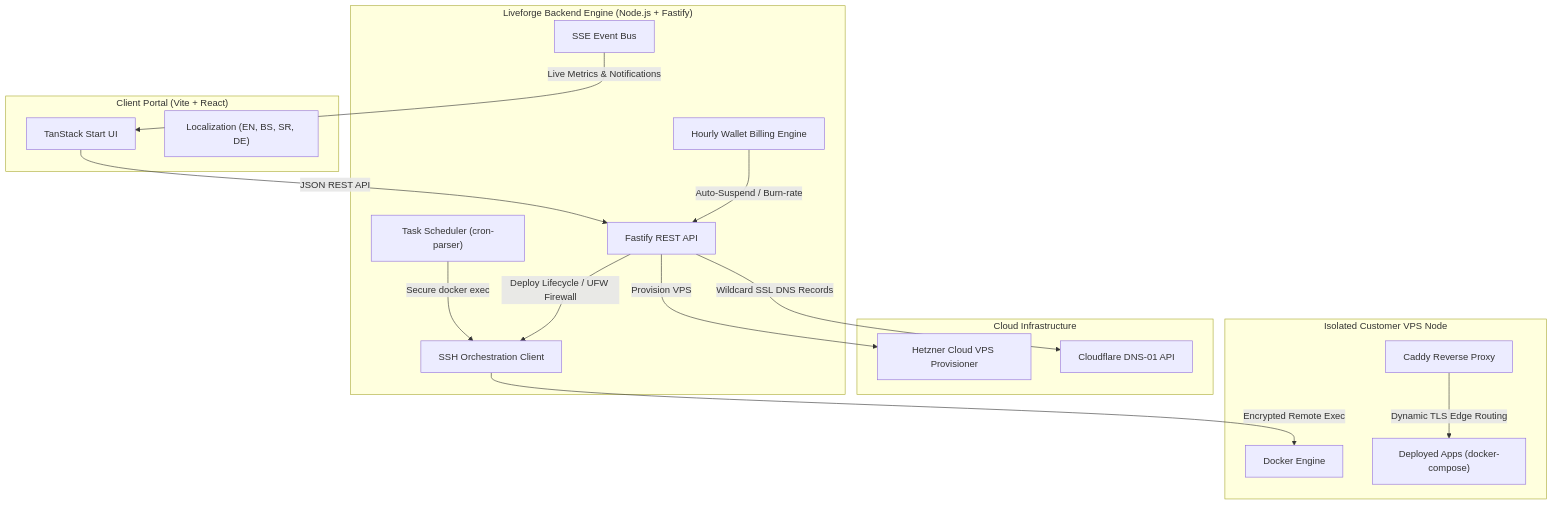
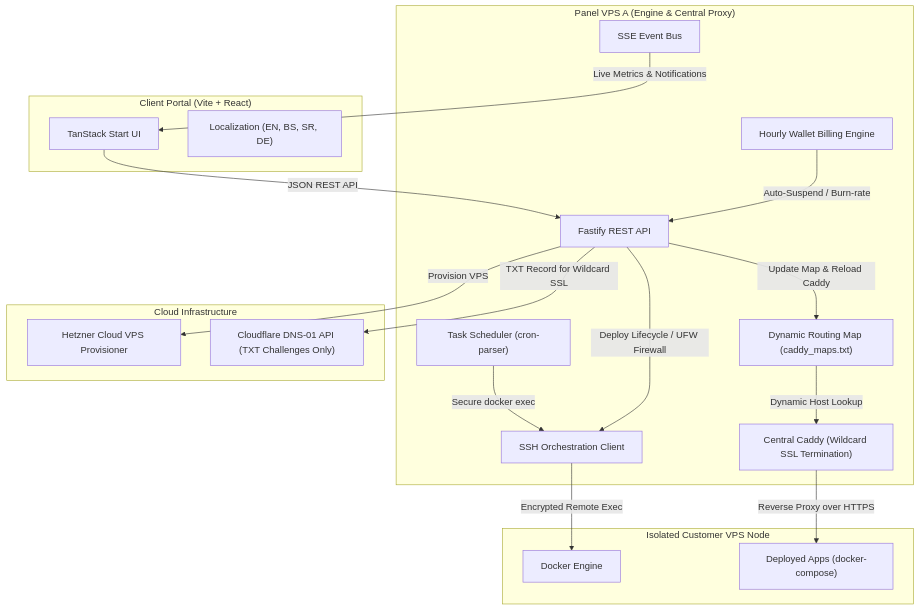
One commit to BHTech2024/PaaS-Hosting-Infrastrukture changed the diagram in README.md. Above: the diagram before and after it, drawn with Mermaid. The commit also changed other lines of this file, not shown here.

Commit message:
docs: update system architecture with Central Caddy Proxy details

````diff
--- a/README.md
+++ b/README.md
@@ -52,36 +52,39 @@
 ```mermaid
 flowchart TD
     subgraph ClientPortal ["Client Portal (Vite + React)"]
         UI["TanStack Start UI"]
         i18n["Localization (EN, BS, SR, DE)"]
     end
 
-    subgraph LiveforgeEngine ["Liveforge Backend Engine (Node.js + Fastify)"]
+    subgraph PanelVPSEngine ["Panel VPS A (Engine & Central Proxy)"]
         API["Fastify REST API"]
         SSE["SSE Event Bus"]
         Billing["Hourly Wallet Billing Engine"]
         Cron["Task Scheduler (cron-parser)"]
         SSH["SSH Orchestration Client"]
+        CentralCaddy["Central Caddy (Wildcard SSL Termination)"]
+        Maps["Dynamic Routing Map (caddy_maps.txt)"]
     end
 
     subgraph CloudInfra ["Cloud Infrastructure"]
         Hetzner["Hetzner Cloud VPS Provisioner"]
-        Cloudflare["Cloudflare DNS-01 API"]
+        Cloudflare["Cloudflare DNS-01 API (TXT Challenges Only)"]
     end
 
-    subgraph IsolatedVPS ["Isolated Customer VPS Node"]
-        Caddy["Caddy Reverse Proxy"]
+    subgraph WorkerVPS ["Isolated Customer VPS Node"]
         Docker["Docker Engine"]
         Containers["Deployed Apps (docker-compose)"]
     end
 
     UI -->|JSON REST API| API
     SSE -->|Live Metrics & Notifications| UI
     Billing -->|Auto-Suspend / Burn-rate| API
     Cron -->|Secure docker exec| SSH
     API -->|Deploy Lifecycle / UFW Firewall| SSH
     API -->|Provision VPS| Hetzner
-    API -->|Wildcard SSL DNS Records| Cloudflare
+    API -->|TXT Record for Wildcard SSL| Cloudflare
+    API -->|Update Map & Reload Caddy| Maps
+    Maps -->|Dynamic Host Lookup| CentralCaddy
+    CentralCaddy -->|Reverse Proxy over HTTPS| Containers
     SSH -->|Encrypted Remote Exec| Docker
-    Caddy -->|Dynamic TLS Edge Routing| Containers
 ```
````
